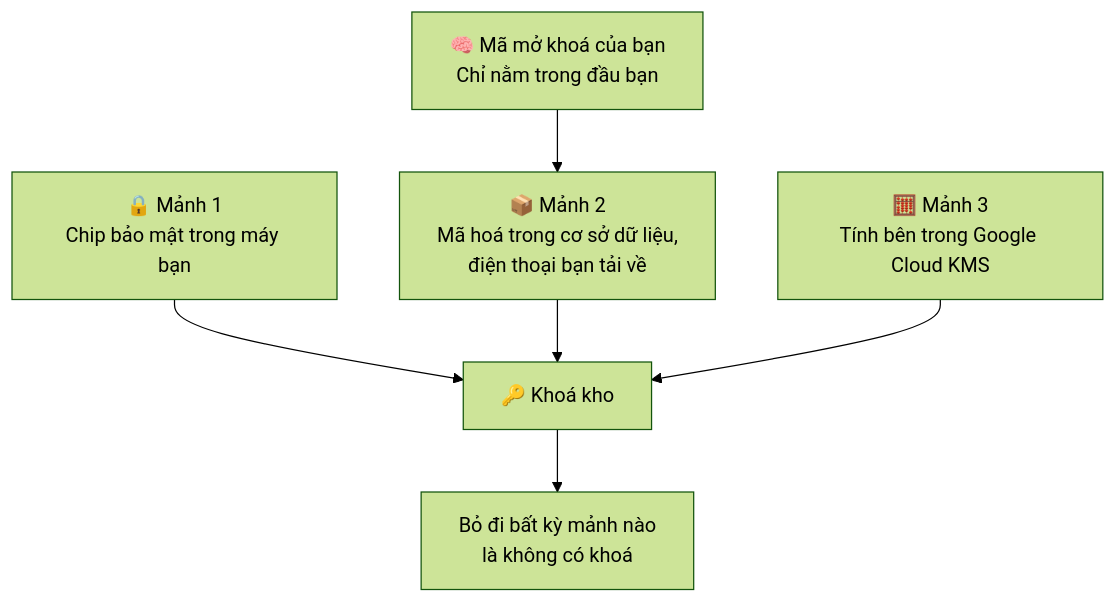
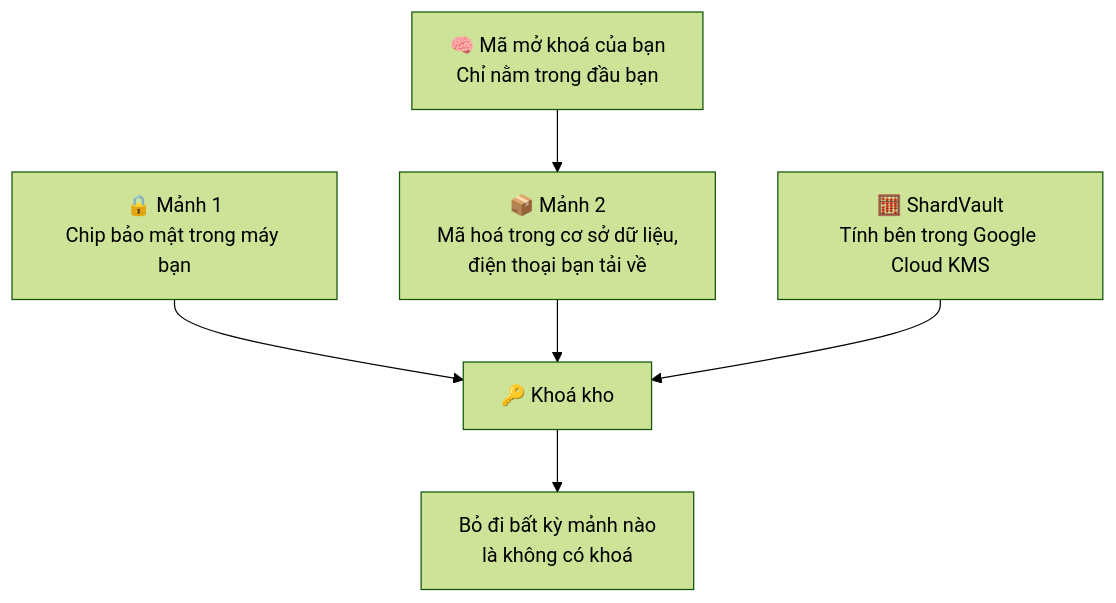
Before and after one commit to TuPhung369/passwordepic-website: the third of 18 diagrams in i18n/vi/docusaurus-plugin-content-docs/current/plain-words.md, drawn with Mermaid (forest theme). The commit also changed other lines of this file and 6 other files, not shown here.

````diff
--- a/i18n/vi/docusaurus-plugin-content-docs/current/plain-words.md
+++ b/i18n/vi/docusaurus-plugin-content-docs/current/plain-words.md
@@ -51,8 +78,8 @@
 ```mermaid
 flowchart TD
   M["🧠 Mã mở khoá của bạn<br/>Chỉ nằm trong đầu bạn"] --> Q
   P["🔒 Mảnh 1<br/>Chip bảo mật trong máy bạn"] --> K["🔑 Khoá kho"]
   Q["📦 Mảnh 2<br/>Mã hoá trong cơ sở dữ liệu,<br/>điện thoại bạn tải về"] --> K
-  R["🧮 Mảnh 3<br/>Tính bên trong Google Cloud KMS"] --> K
+  R["🧮 ShardVault<br/>Tính bên trong Google Cloud KMS"] --> K
   K --> N["Bỏ đi bất kỳ mảnh nào<br/>là không có khoá"]
 ```
````
